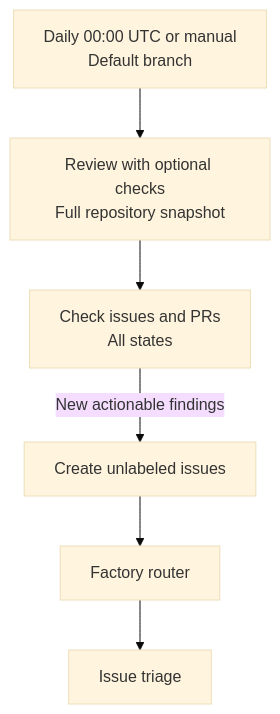
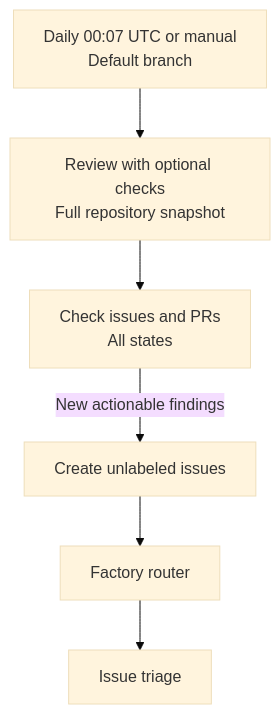
Before and after one commit to VasiliyNovikov/Factory: the third of 4 diagrams in README.md, drawn with Mermaid (base theme). The commit also changed other lines of this file and 6 other files, not shown here.

````diff
--- a/README.md
+++ b/README.md
@@ -88,7 +88,7 @@
 ```mermaid
 flowchart TD
-    trigger["Daily 00:00 UTC or manual<br/>Default branch"] --> review["Review with optional checks<br/>Full repository snapshot"]
+    trigger["Daily 00:07 UTC or manual<br/>Default branch"] --> review["Review with optional checks<br/>Full repository snapshot"]
     review --> duplicates["Check issues and PRs<br/>All states"]
     duplicates -->|New actionable findings| issues["Create unlabeled issues"]
     issues --> router["Factory router"] --> triage["Issue triage"]
 ```
````
